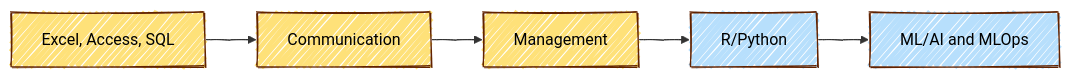
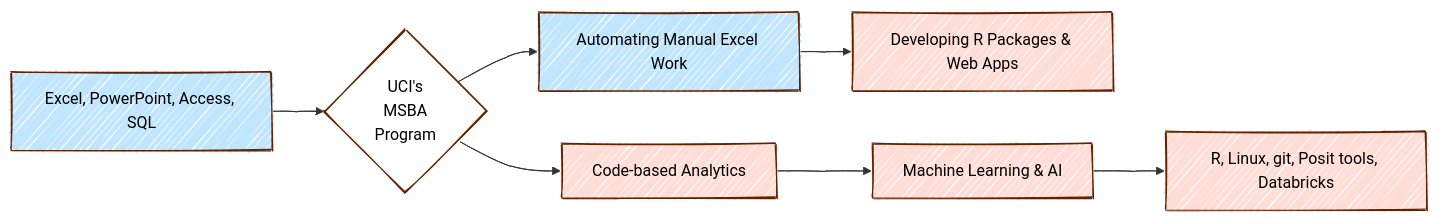
One commit to JavOrraca/Big-Data-Tiny-Laptop changed diagram 13 of 13 in big-data-tiny-laptop.qmd. Above: the diagram before and after it, drawn with Mermaid. The commit also changed other lines of this file and 73 other files, not shown here.

````diff
--- a/big-data-tiny-laptop.qmd
+++ b/big-data-tiny-laptop.qmd
@@ -302,18 +317,22 @@
 ```{mermaid}
 %%| eval: true
 ---
 config:
   look: handDrawn
 ---
 
 flowchart LR
-  A[Excel, Access, SQL] --> B[Communication]
-  B --> C[Management]
-  C --> D[R/Python]
-  D --> E[ML/AI and MLOps]
+  A[Excel, PowerPoint, Access, SQL] --> B{UCI's<br>MSBA<br>Program}
+  B --> C[Automating Manual Excel Work]
+  C --> D[Developing R Packages & Web Apps]
+  B --> E[Code-based Analytics]
+  E --> F[Machine Learning & AI]
+  F --> G[R, Linux, git, Posit tools, Databricks]
 
-  classDef yellowdrawn fill:#fee179,stroke:#612200,color:#000000;
-  classDef bluedrawn fill:#b7dffc,stroke:#612200,color:#000000;
-  class A,B,C yellowdrawn;
-  class D,E bluedrawn;
+  classDef bluedrawn fill:#c0e5fe,stroke:#612200,color:#000000;
+  classDef peachdrawn fill:#ffddd6,stroke:#612200,color:#000000;
+  classDef whitedrawn fill:#ffffff,stroke:#612200,color:#000000;
+  class A,C bluedrawn;
+  class D,E,F,G peachdrawn;
+  class B whitedrawn;
 ```
````
